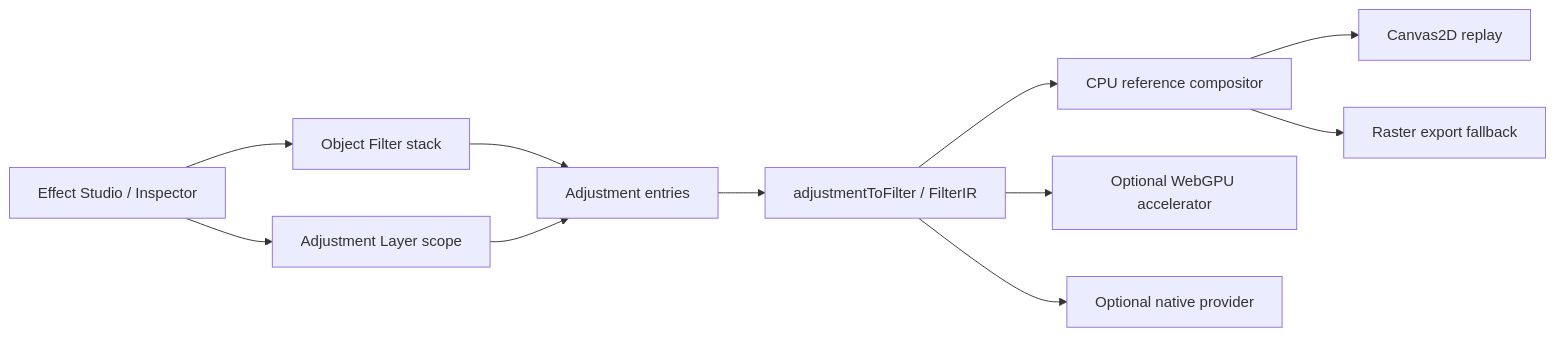
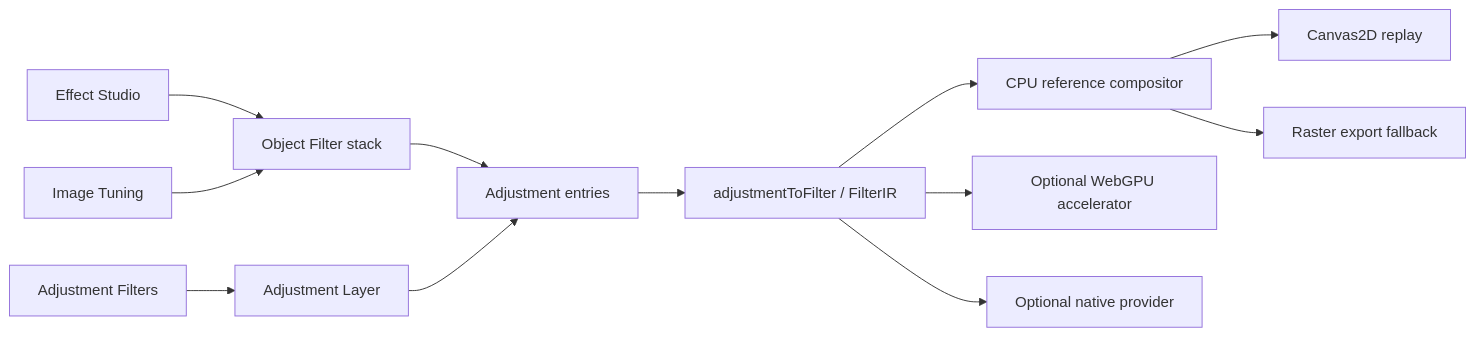
Before and after one commit to K-Arthur/varve: the diagram in docs/architecture/effect-studio.md, drawn with Mermaid. The commit also changed other lines of this file and 3 other files, not shown here.

````diff
--- a/docs/architecture/effect-studio.md
+++ b/docs/architecture/effect-studio.md
@@ -11,13 +30,14 @@
 ```mermaid
 flowchart LR
-  UI[Effect Studio / Inspector] --> S[Object Filter stack]
-  UI --> A[Adjustment Layer scope]
-  S --> N[Adjustment entries]
-  A --> N
-  N --> IR[adjustmentToFilter / FilterIR]
+  ES[Effect Studio] --> OF[Object Filter stack]
+  IT[Image Tuning] --> OF
+  AL[Adjustment Filters] --> AN[Adjustment Layer]
+  OF --> A[Adjustment entries]
+  AN --> A
+  A --> IR[adjustmentToFilter / FilterIR]
   IR --> CPU[CPU reference compositor]
   IR --> GPU[Optional WebGPU accelerator]
   IR --> Native[Optional native provider]
   CPU --> Canvas[Canvas2D replay]
   CPU --> Export[Raster export fallback]
 ```
````
